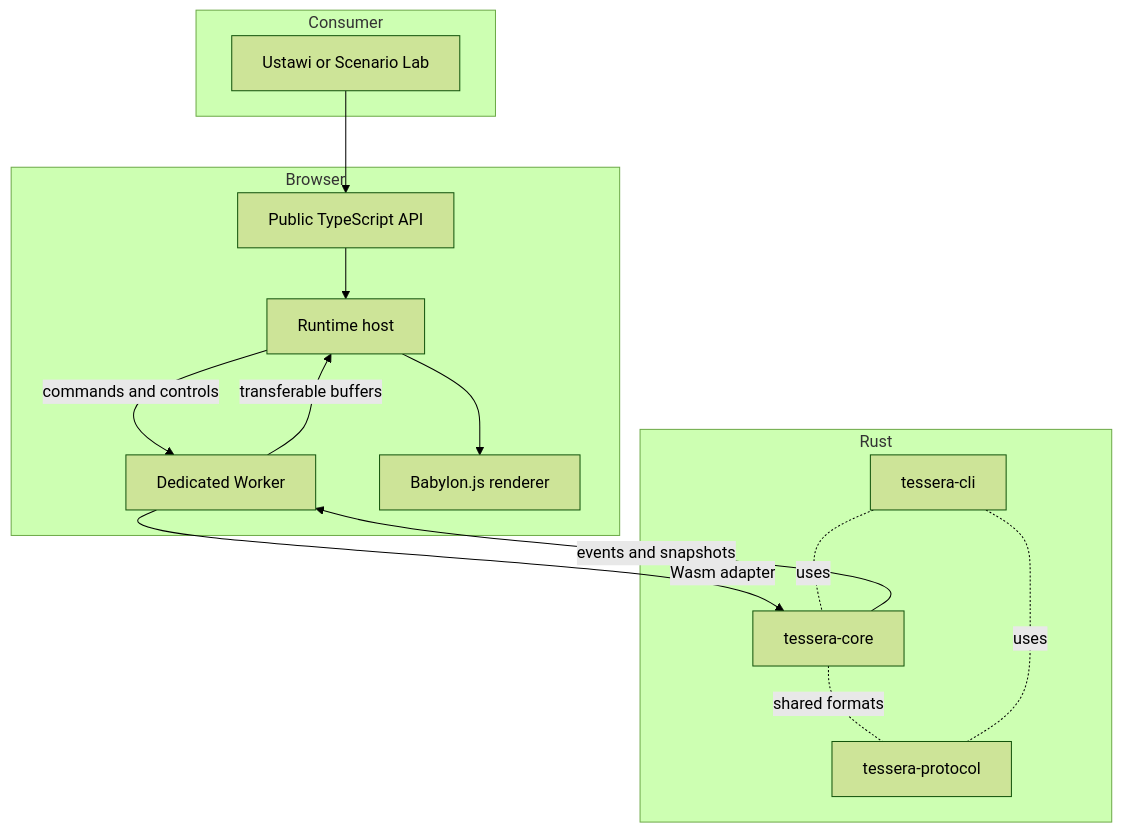
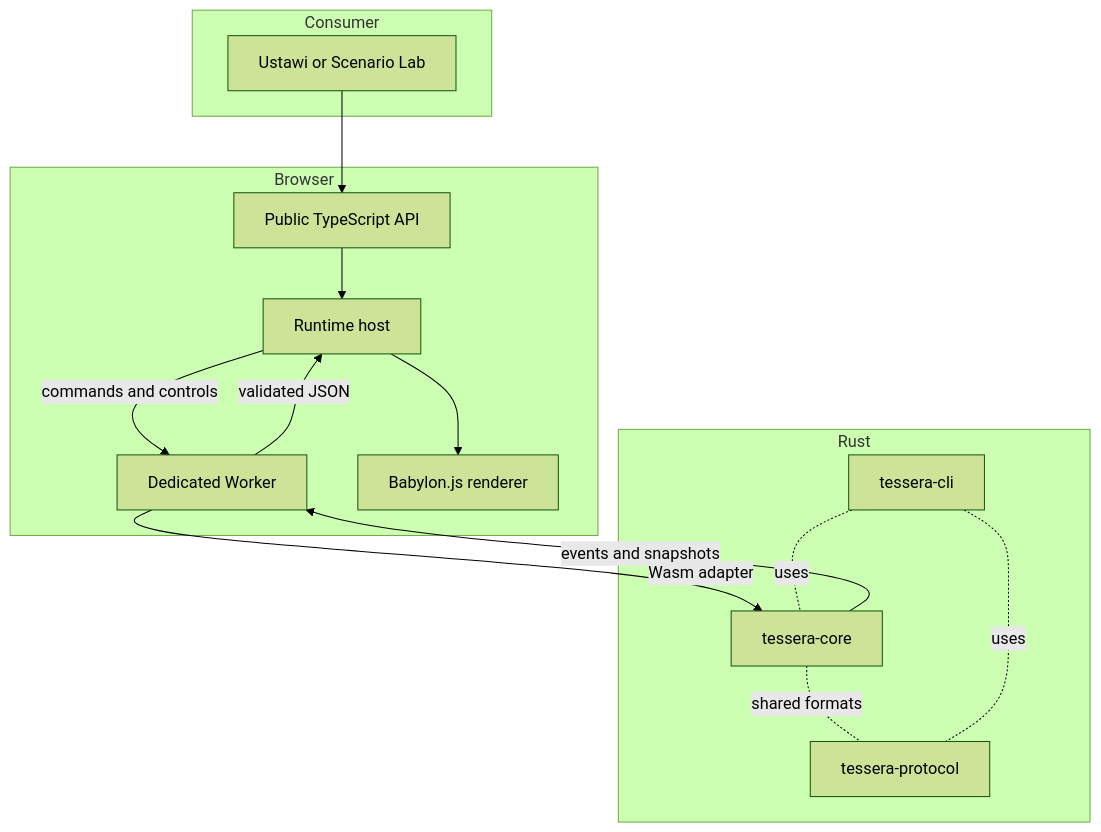
One commit to elviscgn/tessera changed the first of 2 diagrams in docs/ARCHITECTURE.md. Above: the diagram before and after it, drawn with Mermaid (forest theme). The commit also changed other lines of this file and 41 other files, not shown here.

````diff
--- a/docs/ARCHITECTURE.md
+++ b/docs/ARCHITECTURE.md
@@ -5,30 +5,30 @@
 ```mermaid
 flowchart TB
   subgraph consumer["Consumer"]
     app["Ustawi or Scenario Lab"]
   end
 
   subgraph browser["Browser"]
     api["Public TypeScript API"]
     host["Runtime host"]
     worker["Dedicated Worker"]
     renderer["Babylon.js renderer"]
   end
 
   subgraph rust["Rust"]
     core["tessera-core"]
     protocol["tessera-protocol"]
     cli["tessera-cli"]
   end
 
   app --> api
   api --> host
   host -->|commands and controls| worker
   worker -->|Wasm adapter| core
   core -->|events and snapshots| worker
-  worker -->|transferable buffers| host
+  worker -->|validated JSON| host
   host --> renderer
   core -. shared formats .- protocol
   cli -. uses .- core
   cli -. uses .- protocol
 ```
````
